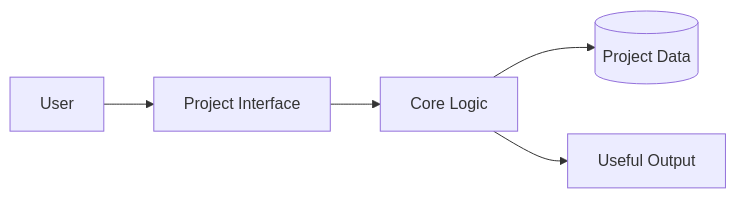
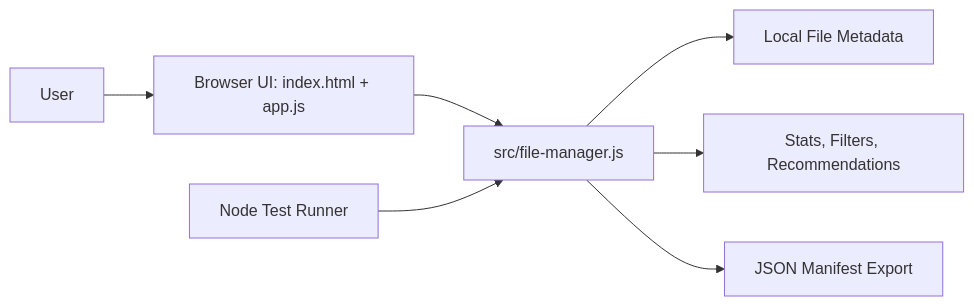
Before and after one commit to bhedanikhilkumar-code/FileManager: the second of 3 diagrams in README.md, drawn with Mermaid. The commit also changed other lines of this file and 13 other files, not shown here.

````diff
--- a/README.md
+++ b/README.md
@@ -121,7 +127,9 @@
 ```mermaid
 flowchart LR
-    User[User] --> Interface[Project Interface]
-    Interface --> Core[Core Logic]
-    Core --> Data[(Project Data)]
-    Core --> Output[Useful Output]
+    User[User] --> Browser[Browser UI: index.html + app.js]
+    Browser --> Core[src/file-manager.js]
+    Core --> Metadata[Local File Metadata]
+    Core --> Insights[Stats, Filters, Recommendations]
+    Core --> Manifest[JSON Manifest Export]
+    Tests[Node Test Runner] --> Core
 ```
````
